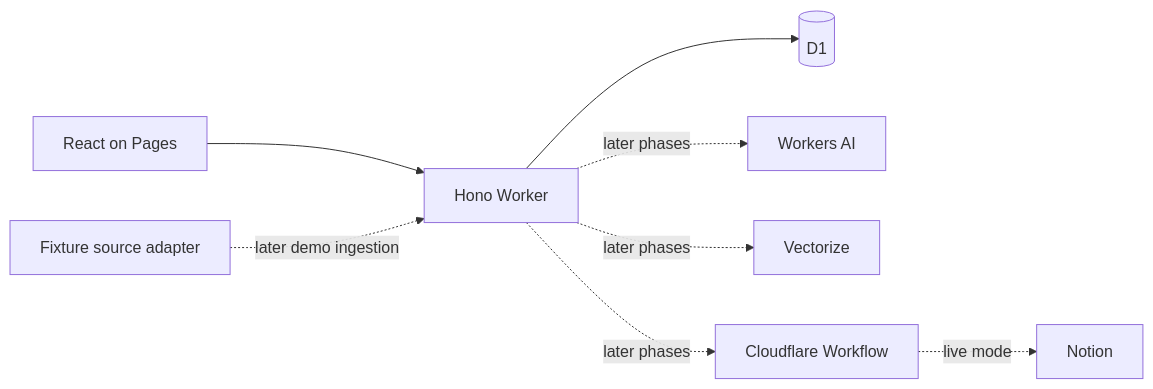
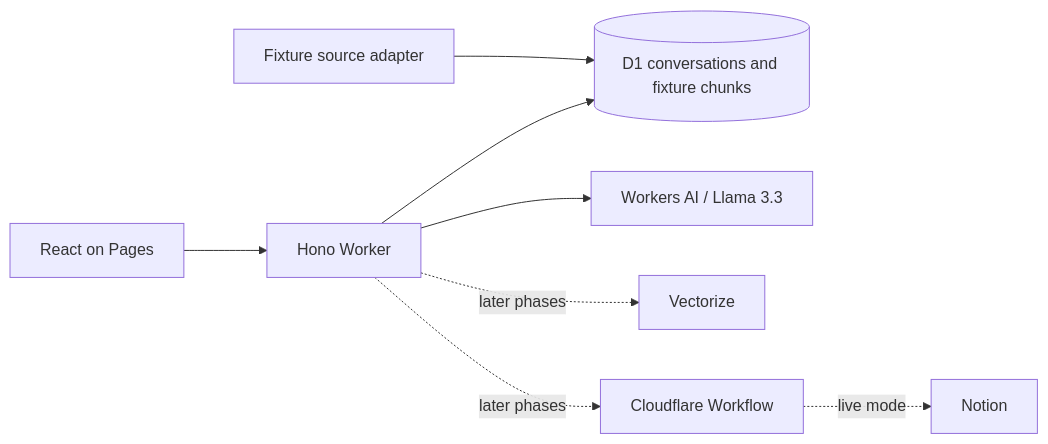
The diagram in README.md (avomar/engineering-knowledge-gardner), drawn with Mermaid before and after one commit. The commit also changed other lines of this file and 33 other files, not shown here.

````diff
--- a/README.md
+++ b/README.md
@@ -9,10 +9,10 @@
 ```mermaid
 flowchart LR
   Browser[React on Pages] --> API[Hono Worker]
-  API --> DB[(D1)]
-  Fixture[Fixture source adapter] -. later demo ingestion .-> API
-  API -. later phases .-> AI[Workers AI]
+  API --> DB[(D1 conversations and fixture chunks)]
+  Fixture[Fixture source adapter] --> DB
+  API --> AI[Workers AI / Llama 3.3]
   API -. later phases .-> Vectorize
   API -. later phases .-> Workflow[Cloudflare Workflow]
   Workflow -. live mode .-> Notion
 ```
````
